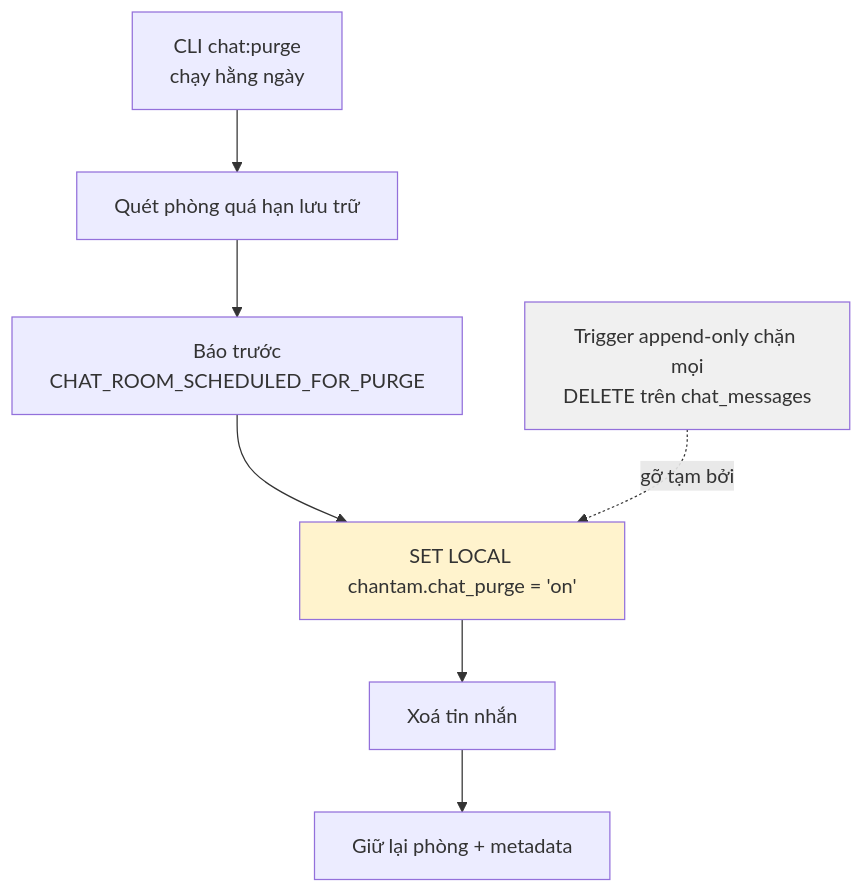
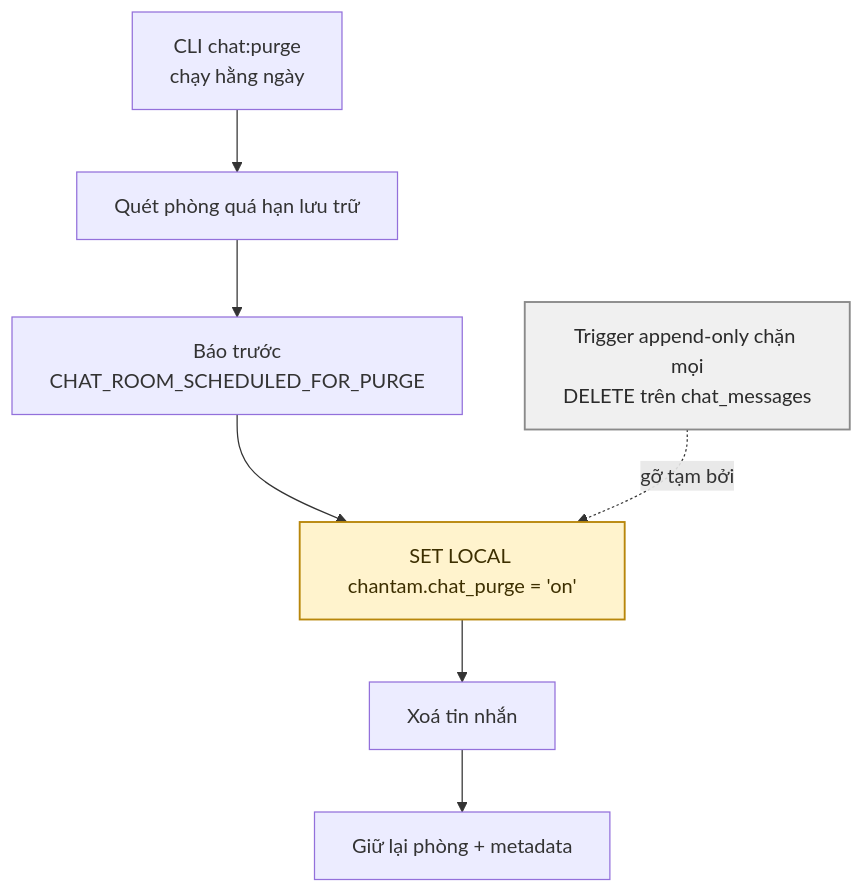
One commit to fdshn/trueheart changed the fourth of 4 diagrams in docs/diagram/09-chat.md. Above: the diagram before and after it, drawn with Mermaid. The commit also changed other lines of this file and 30 other files, not shown here.

First line of the commit message:
docs(diagram): chữ trong khối tô màu đọc được ở cả giao diện sáng và tối

````diff
--- a/docs/diagram/09-chat.md
+++ b/docs/diagram/09-chat.md
@@ -74,13 +74,13 @@
 ```mermaid
 flowchart TD
     A[CLI chat:purge<br/>chạy hằng ngày] --> B[Quét phòng quá hạn lưu trữ]
     B --> C[Báo trước<br/>CHAT_ROOM_SCHEDULED_FOR_PURGE]
     C --> D["SET LOCAL chantam.chat_purge = 'on'"]
     D --> E[Xoá tin nhắn]
     E --> F[Giữ lại phòng + metadata]
 
     G["Trigger append-only chặn mọi<br/>DELETE trên chat_messages"] -.gỡ tạm bởi.-> D
 
-    style D fill:#fff3cd
-    style G fill:#f0f0f0
+    style D fill:#fff3cd,stroke:#b8860b,stroke-width:1.5px,color:#3d2f00
+    style G fill:#f0f0f0,stroke:#8a8a8a,stroke-width:1.5px,color:#2b2b2b
 ```
````
